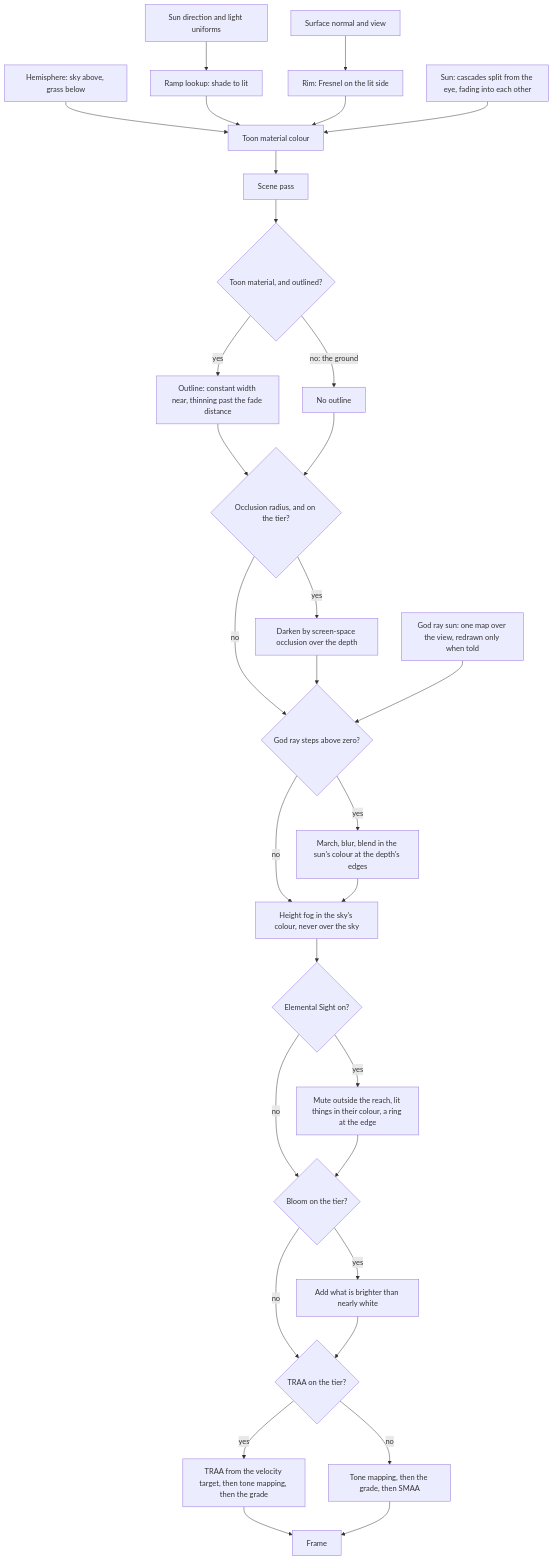
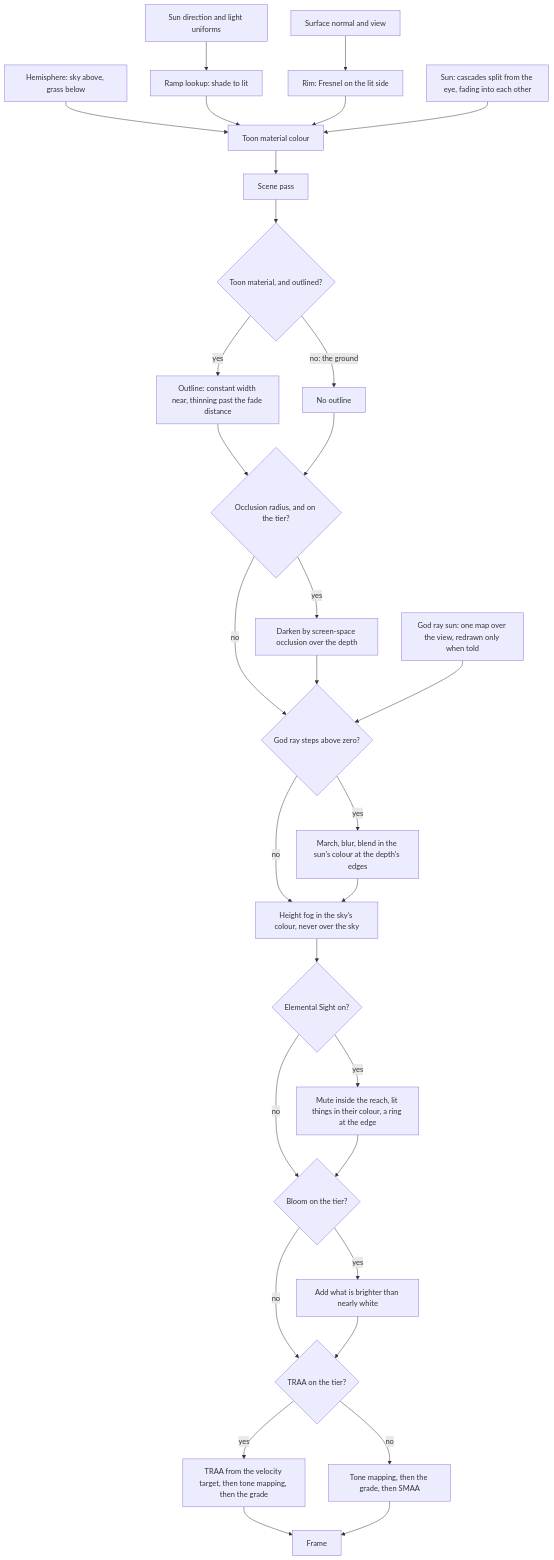
The diagram in apps/web/content/docs/genshin/rendering-style.md (Esposter/Esposter), drawn with Mermaid before and after one commit.

Commit message:
docs(genshin): the sight mutes inside its reach, as its pass does
Answers: 4218461747

````diff
--- a/apps/web/content/docs/genshin/rendering-style.md
+++ b/apps/web/content/docs/genshin/rendering-style.md
@@ -12,33 +12,33 @@
 ```mermaid
 flowchart TD
   L[Sun direction and light uniforms] --> R[Ramp lookup: shade to lit]
   H[Hemisphere: sky above, grass below] --> M[Toon material colour]
   R --> M
   N[Surface normal and view] --> F[Rim: Fresnel on the lit side]
   F --> M
   S[Sun: cascades split from the eye, fading into each other] --> M
   M --> P[Scene pass]
   P --> O{Toon material, and outlined?}
   O -->|yes| OL[Outline: constant width near, thinning past the fade distance]
   O -->|no: the ground| P2[No outline]
   OL --> AO{Occlusion radius, and on the tier?}
   P2 --> AO
   AO -->|yes| AOD[Darken by screen-space occlusion over the depth]
   AO -->|no| G
   AOD --> G{God ray steps above zero?}
   GL[God ray sun: one map over the view, redrawn only when told] --> G
   G -->|yes| GR[March, blur, blend in the sun's colour at the depth's edges]
   G -->|no| Z
   GR --> Z[Height fog in the sky's colour, never over the sky]
   Z --> SG{Elemental Sight on?}
-  SG -->|yes| SGL["Mute outside the reach, lit things in their colour, a ring at the edge"]
+  SG -->|yes| SGL["Mute inside the reach, lit things in their colour, a ring at the edge"]
   SG -->|no| B{Bloom on the tier?}
   SGL --> B
   B -->|yes| BL[Add what is brighter than nearly white]
   B -->|no| AA
   BL --> AA{TRAA on the tier?}
   AA -->|yes| T[TRAA from the velocity target, then tone mapping, then the grade]
   AA -->|no| SM[Tone mapping, then the grade, then SMAA]
   T --> X[Frame]
   SM --> X
 ```
````
